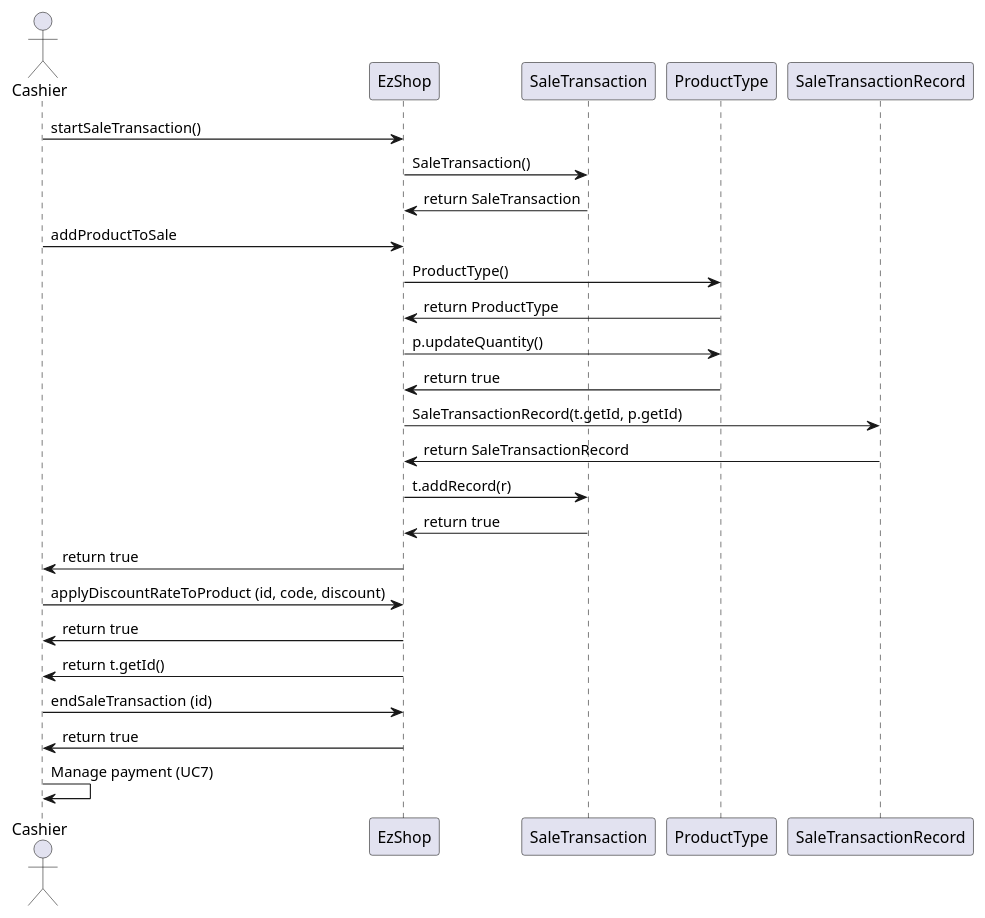
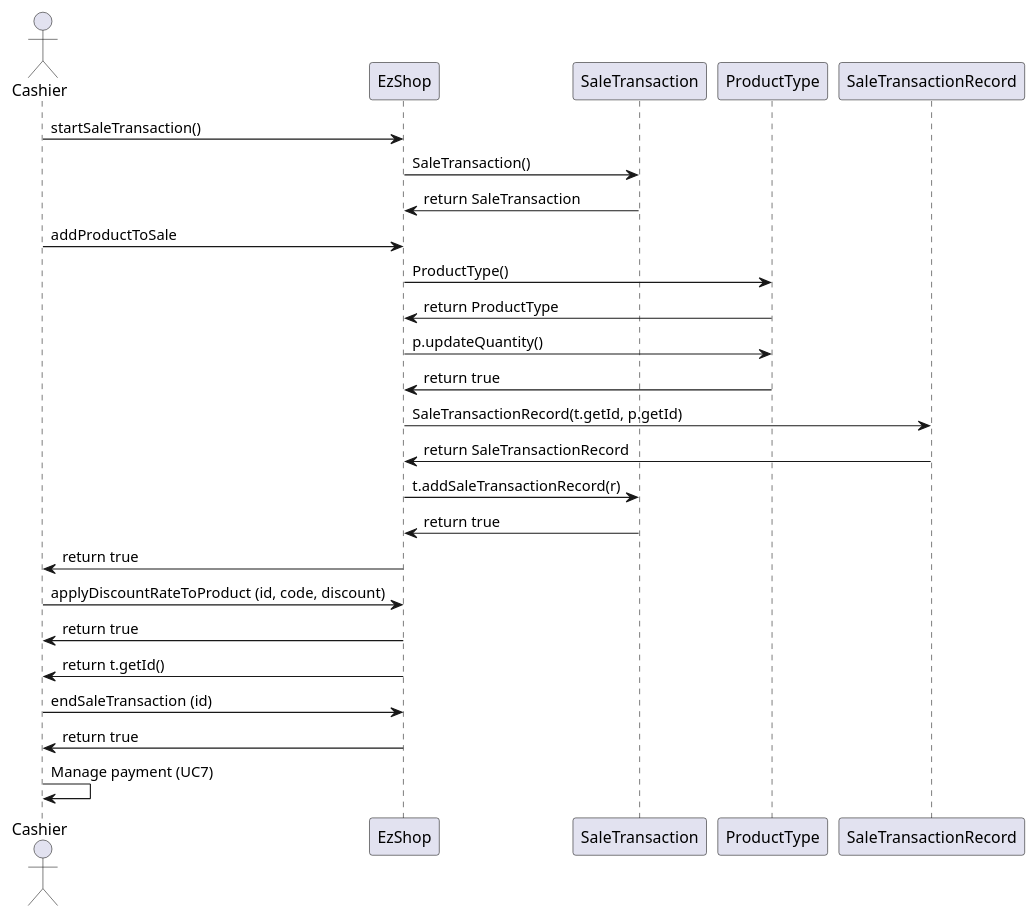
Diagram 18 of 28 in Deliverables/DesignDocument.md (paocela/EzShop), drawn with PlantUML before and after one commit. The commit also changed other lines of this file, not shown here.

````diff
--- a/Deliverables/DesignDocument.md
+++ b/Deliverables/DesignDocument.md
@@ -512,30 +512,30 @@
 ```plantuml
 
 actor Cashier
 Cashier -> EzShop : startSaleTransaction()
 EzShop -> SaleTransaction : SaleTransaction()
 EzShop <- SaleTransaction : return SaleTransaction
 
 Cashier -> EzShop : addProductToSale
 EzShop -> ProductType : ProductType()
 EzShop <- ProductType : return ProductType
 EzShop -> ProductType : p.updateQuantity()
 EzShop <- ProductType : return true
 EzShop -> SaleTransactionRecord : SaleTransactionRecord(t.getId, p.getId)
 EzShop <- SaleTransactionRecord : return SaleTransactionRecord
-EzShop -> SaleTransaction : t.addRecord(r)
+EzShop -> SaleTransaction : t.addSaleTransactionRecord(r)
 EzShop <- SaleTransaction : return true
 Cashier <- EzShop : return true
 
 Cashier -> EzShop : applyDiscountRateToProduct (id, code, discount)
 
 Cashier <- EzShop : return true
 
 
 Cashier <- EzShop : return t.getId()
 Cashier -> EzShop : endSaleTransaction (id)
 Cashier <- EzShop : return true
 
 
 Cashier -> Cashier : Manage payment (UC7)
 ```
````
